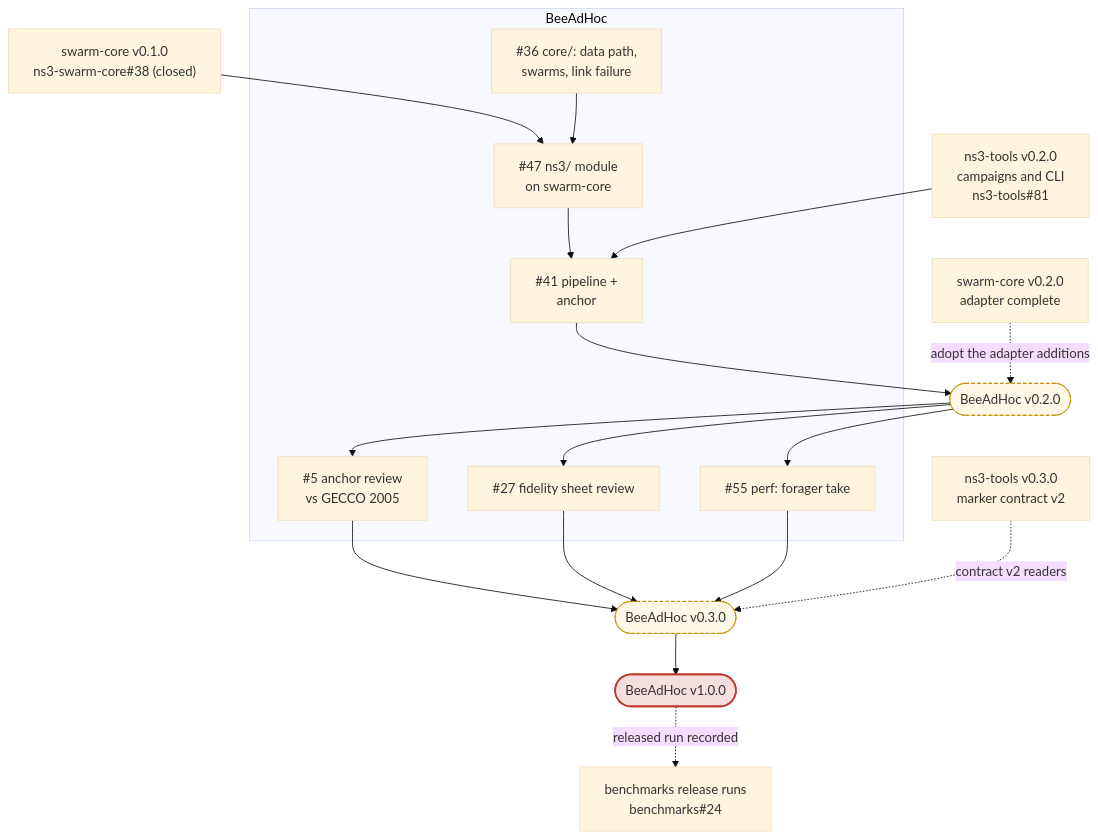
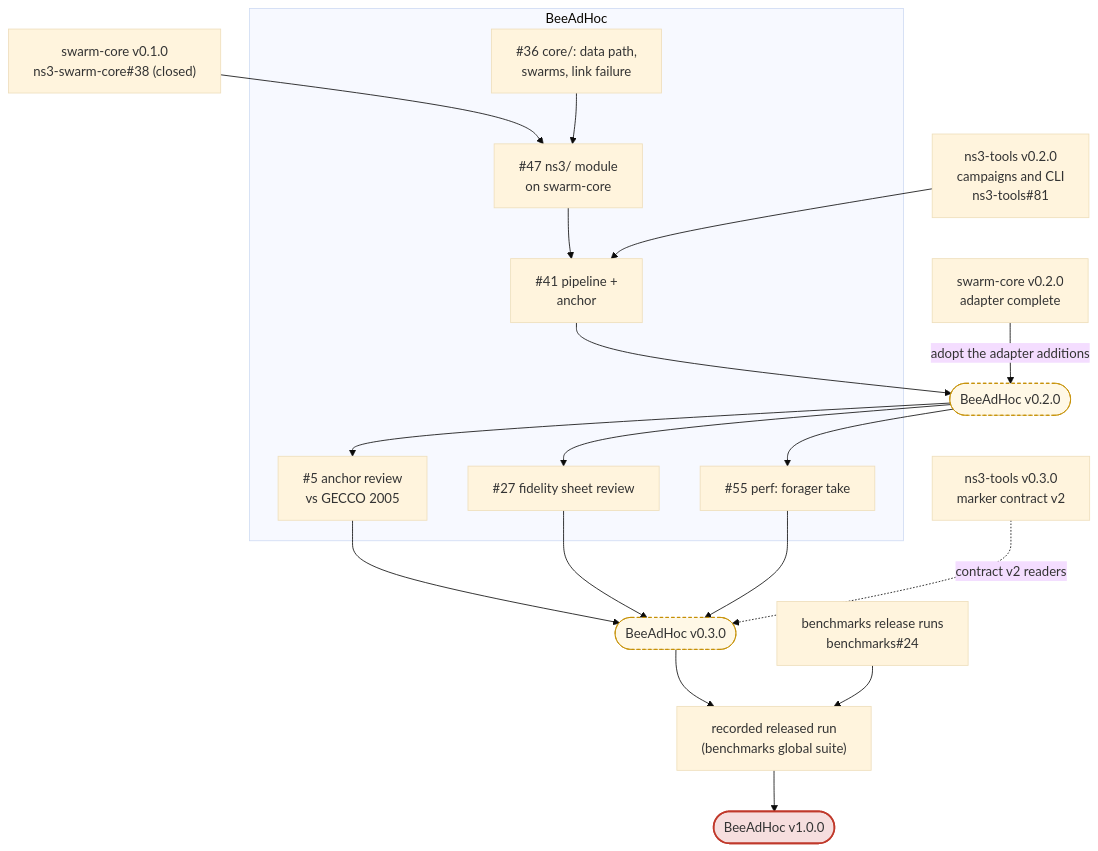
One commit to swarm-routing/BeeAdHoc changed the second of 2 diagrams in docs/roadmap.md. Above: the diagram before and after it, drawn with Mermaid (base theme). The commit also changed other lines of this file, not shown here.

Commit message:
docs(roadmap): hard swarm-core and recorded-run dependencies, scope the fidelity gate
Claude-Session: https://claude.ai/code/session_01Qx5bTTkobruNZPPAguYjWa

````diff
--- a/docs/roadmap.md
+++ b/docs/roadmap.md
@@ -55,32 +55,33 @@
 ```mermaid
 flowchart TB
     subgraph HERE["BeeAdHoc"]
         I36["#36 core/: data path,<br/>swarms, link failure"]
         I47["#47 ns3/ module<br/>on swarm-core"]
         I41["#41 pipeline +<br/>anchor"]
         I5["#5 anchor review<br/>vs GECCO 2005"]
         I27["#27 fidelity sheet review"]
         I55["#55 perf: forager take"]
     end
     SC["swarm-core v0.1.0<br/>ns3-swarm-core#38 (closed)"]
     SC2["swarm-core v0.2.0<br/>adapter complete"]
     T2["ns3-tools v0.2.0<br/>campaigns and CLI<br/>ns3-tools#81"]
     T3["ns3-tools v0.3.0<br/>marker contract v2"]
     BM["benchmarks release runs<br/>benchmarks#24"]
 
     SC --> I47
     I36 --> I47
     I47 --> I41
     T2 --> I41
     I41 --> V02(["BeeAdHoc v0.2.0"])
-    SC2 -.->|"adopt the adapter additions"| V02
+    SC2 -->|"adopt the adapter additions"| V02
     V02 --> I5 & I27 & I55
     I5 & I27 & I55 --> V03(["BeeAdHoc v0.3.0"])
     T3 -.->|"contract v2 readers"| V03
-    V03 --> V10(["BeeAdHoc v1.0.0"])
-    V10 -.->|"released run recorded"| BM
+    V03 --> RUN["recorded released run<br/>(benchmarks global suite)"]
+    BM --> RUN
+    RUN --> V10(["BeeAdHoc v1.0.0"])
 
     style V02 fill:#fff8e6,stroke:#c48f00,stroke-dasharray:4 3
     style V03 fill:#fff8e6,stroke:#c48f00,stroke-dasharray:4 3
     style V10 fill:#f6dede,stroke:#c0392b,stroke-width:2px
 ```
````
